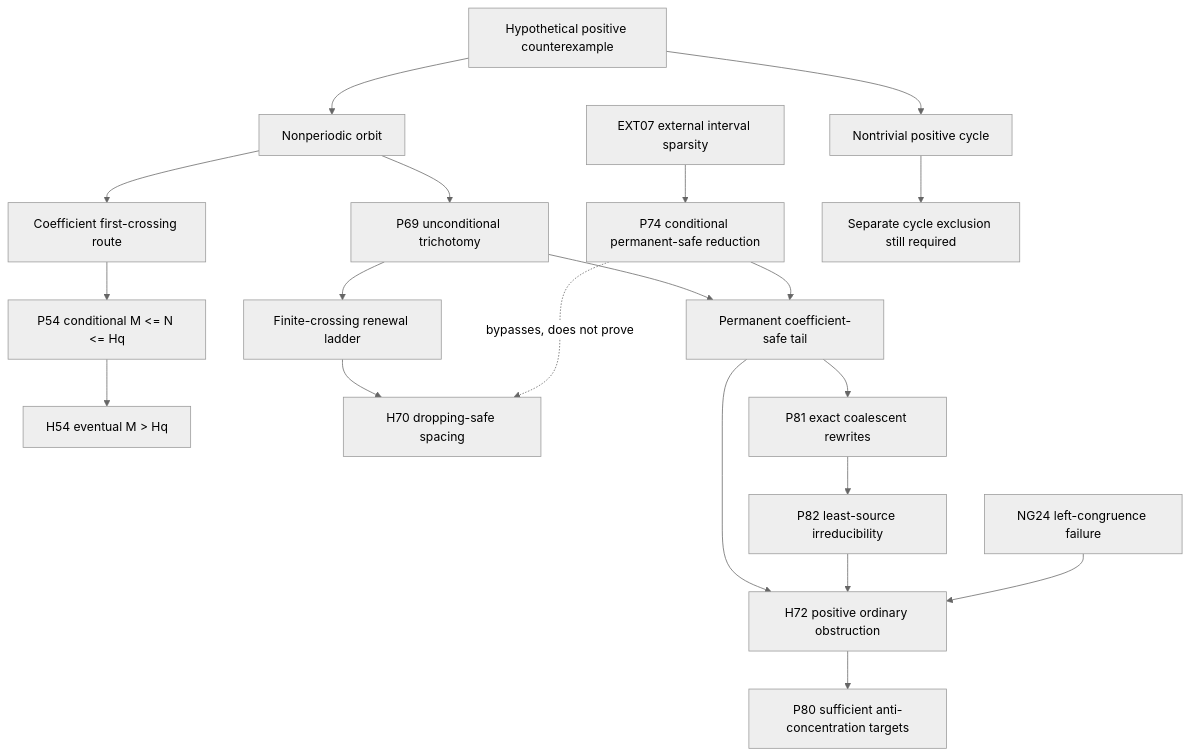
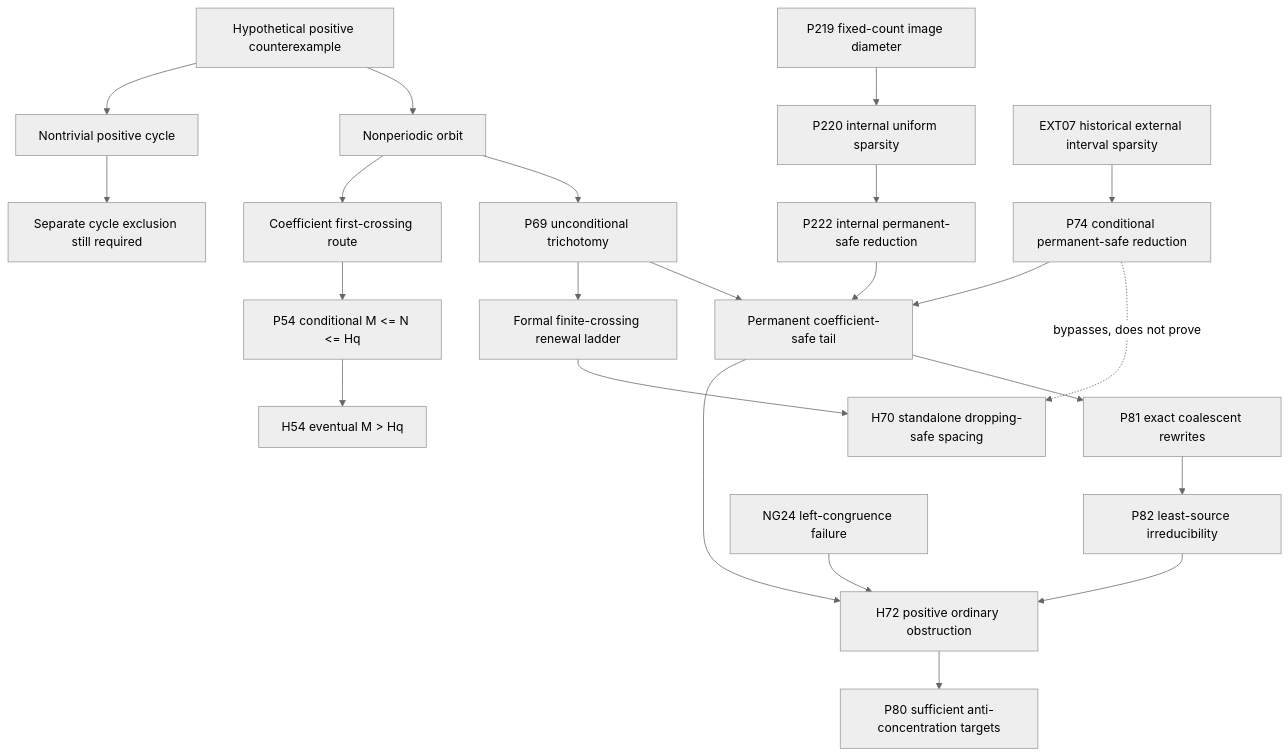
One commit to fumiki-t/Collatz-conjecture changed the diagram in docs/RESEARCH_SYNTHESIS.md. Above: the diagram before and after it, drawn with Mermaid (neutral theme). The commit also changed other lines of this file and 32 other files, not shown here.

Commit message:
research: audit Phase 37 internal uniform sparsity

````diff
--- a/docs/RESEARCH_SYNTHESIS.md
+++ b/docs/RESEARCH_SYNTHESIS.md
@@ -197,26 +197,29 @@
 ```mermaid
 flowchart TD
     C["Hypothetical positive counterexample"] --> CY["Nontrivial positive cycle"]
     C --> NP["Nonperiodic orbit"]
 
     NP --> FC["Coefficient first-crossing route"]
     FC --> P54["P54 conditional M <= N <= Hq"]
     P54 --> H54["H54 eventual M > Hq"]
 
     NP --> P69["P69 unconditional trichotomy"]
-    P69 --> RL["Finite-crossing renewal ladder"]
+    P69 --> RL["Formal finite-crossing renewal ladder"]
     P69 --> ST["Permanent coefficient-safe tail"]
-    RL --> H70["H70 dropping-safe spacing"]
+    RL --> H70["H70 standalone dropping-safe spacing"]
+    P219["P219 fixed-count image diameter"] --> P220["P220 internal uniform sparsity"]
+    P220 --> P222["P222 internal permanent-safe reduction"]
+    P222 --> ST
     ST --> H72["H72 positive ordinary obstruction"]
 
-    EXT07["EXT07 external interval sparsity"] --> P74["P74 conditional permanent-safe reduction"]
+    EXT07["EXT07 historical external interval sparsity"] --> P74["P74 conditional permanent-safe reduction"]
     P74 --> ST
     P74 -. "bypasses, does not prove" .-> H70
 
     H72 --> P80["P80 sufficient anti-concentration targets"]
     ST --> P81["P81 exact coalescent rewrites"]
     P81 --> P82["P82 least-source irreducibility"]
     P82 --> H72
     NG24["NG24 left-congruence failure"] --> H72
     CY --> CP["Separate cycle exclusion still required"]
 ```
````
